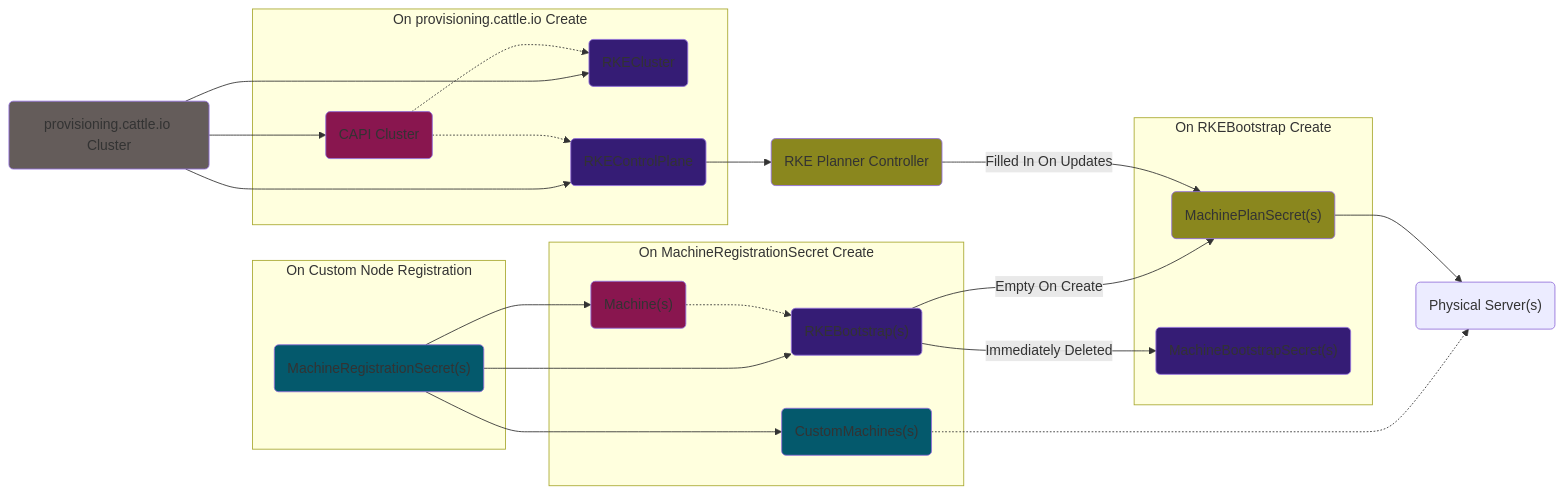
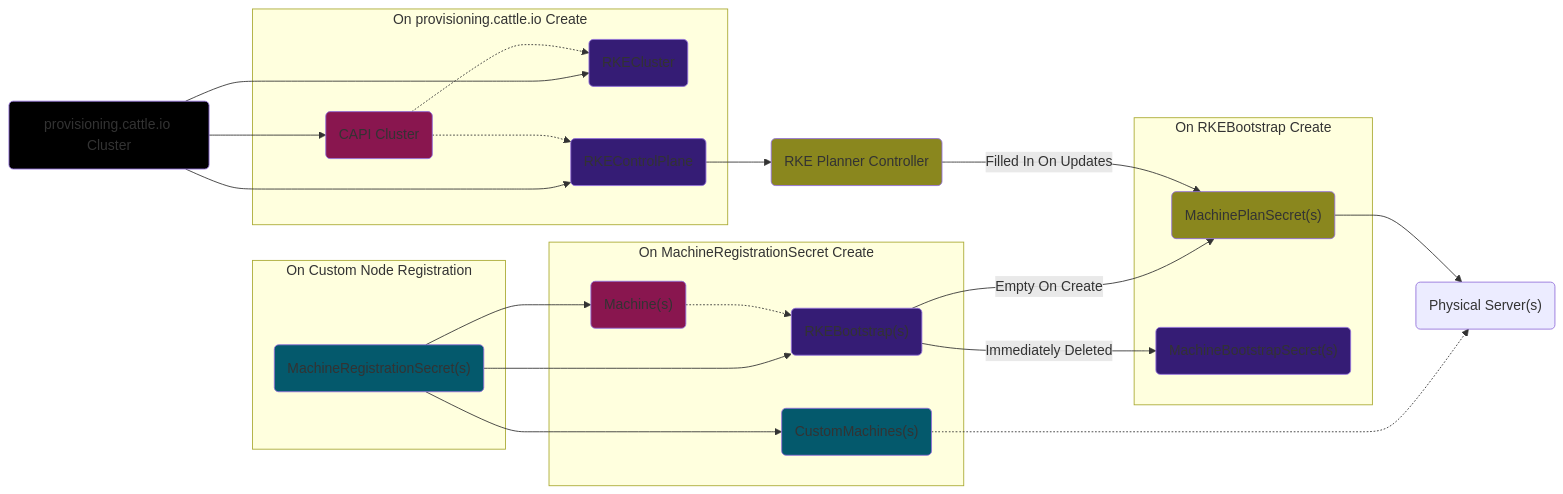
The third of 4 diagrams in docs/provisioning/walkthrough.md (aiyengar2/k8s-docs), drawn with Mermaid before and after one commit. The commit also changed other lines of this file, not shown here.

````diff
--- a/docs/provisioning/walkthrough.md
+++ b/docs/provisioning/walkthrough.md
@@ -220,71 +220,71 @@
 ```mermaid
 graph LR;
     %% CSS Styling
-    classDef ProvisioningV2 fill:#645c5a;
+    classDef ProvisioningV2 fill:#000000;
     classDef RancherBootstrap fill:#351c75;
     classDef RancherInfrastructure fill:#04596c;
     classDef CAPI fill:#89164f;
     classDef RKEPlanner fill:#8a871e;
 
     %% Resources
 
     %%%% Parent Resources
     v1Cluster("provisioning.cattle.io Cluster"):::ProvisioningV2;
 
     %%%% v1.Cluster Children
     subgraph On provisioning.cattle.io Create
     capiCluster("CAPI Cluster"):::CAPI;
     RKECluster("RKECluster"):::RancherBootstrap;
     RKEControlPlane("RKEControlPlane"):::RancherBootstrap;
     end
 
     %%%% Custom Node Registration
     subgraph On Custom Node Registration
     MachineRegistrationSecret("MachineRegistrationSecret(s)"):::RancherInfrastructure
     end
 
     %%% On Machine Registration Secret
     subgraph On MachineRegistrationSecret Create
     Machine("Machine(s)"):::CAPI;
     CustomMachine("CustomMachines(s)"):::RancherInfrastructure;
     RKEBootstrap("RKEBootstrap(s)"):::RancherBootstrap;
     end
 
     %%%% RKEBootstrap Children
     subgraph On RKEBootstrap Create
       MachinePlanSecret("MachinePlanSecret(s)"):::RKEPlanner
       MachineBootstrapSecret("MachineBootstrapSecret(s)"):::RancherBootstrap
     end
 
     RKEPlannerController("RKE Planner Controller"):::RKEPlanner
     PhysicalServer("Physical Server(s)")
 
     %% Relationships
 
     %%%% v1.Cluster Children
     v1Cluster-->capiCluster
     v1Cluster-->RKECluster;
     v1Cluster-->RKEControlPlane;
 
     %%%% CAPI Cluster References
     capiCluster-.->RKECluster
     capiCluster-.->RKEControlPlane
 
     %%%% On MachineRegistrationSecret Create
     MachineRegistrationSecret-->Machine
     MachineRegistrationSecret-->CustomMachine
     MachineRegistrationSecret-->RKEBootstrap
 
     %%%% CustomMachine References
     CustomMachine-.->PhysicalServer
 
     %%%% Machine and RKEBootstrapTemplate
     Machine-.->RKEBootstrap
 
     %%%% Secrets
     RKEBootstrap--Immediately Deleted-->MachineBootstrapSecret
     RKEBootstrap--Empty On Create-->MachinePlanSecret
     RKEControlPlane-->RKEPlannerController
     RKEPlannerController--Filled In On Updates-->MachinePlanSecret
     MachinePlanSecret-->PhysicalServer
 ```
````
